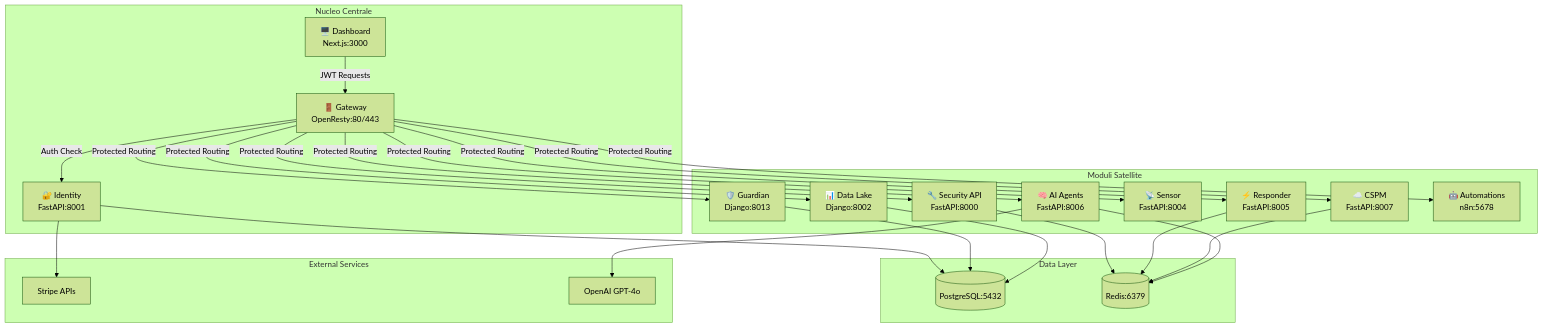
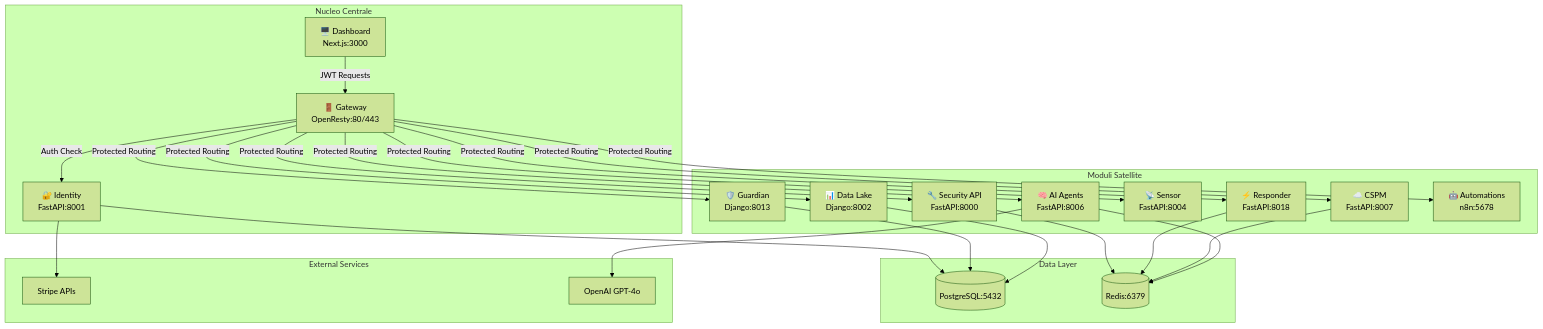
Before and after one commit to fabriziosalmi/wildbox: the diagram in WILDBOX_TECHNICAL_CODEX_v1.0.md, drawn with Mermaid (forest theme). The commit also changed 31 other files, not shown here.

First line of the commit message:
Update API port and documentation for Open Security Responder

````diff
--- a/WILDBOX_TECHNICAL_CODEX_v1.0.md
+++ b/WILDBOX_TECHNICAL_CODEX_v1.0.md
@@ -114,51 +114,51 @@
 ```mermaid
 graph TD
     subgraph "Nucleo Centrale"
         DASH[🖥️ Dashboard<br/>Next.js:3000]
         GATE[🚪 Gateway<br/>OpenResty:80/443] 
         IDEN[🔐 Identity<br/>FastAPI:8001]
     end
     
     subgraph "Moduli Satellite"
         API[🔧 Security API<br/>FastAPI:8000]
         DATA[📊 Data Lake<br/>Django:8002]
         GUARD[🛡️ Guardian<br/>Django:8013]
-        RESP[⚡ Responder<br/>FastAPI:8005]
+        RESP[⚡ Responder<br/>FastAPI:8018]
         SENS[📡 Sensor<br/>FastAPI:8004]
         CSPM[☁️ CSPM<br/>FastAPI:8007]
         AGENTS[🧠 AI Agents<br/>FastAPI:8006]
         AUTO[🤖 Automations<br/>n8n:5678]
     end
     
     subgraph "Data Layer"
         PG[(PostgreSQL:5432)]
         RD[(Redis:6379)]
     end
     
     subgraph "External Services"
         STRIPE[Stripe APIs]
         OPENAI[OpenAI GPT-4o]
     end
     
     DASH -->|JWT Requests| GATE
     GATE -->|Auth Check| IDEN
     GATE -->|Protected Routing| API
     GATE -->|Protected Routing| DATA
     GATE -->|Protected Routing| GUARD
     GATE -->|Protected Routing| RESP
     GATE -->|Protected Routing| SENS
     GATE -->|Protected Routing| CSPM
     GATE -->|Protected Routing| AGENTS
     GATE -->|Protected Routing| AUTO
     
     IDEN --> PG
     IDEN --> STRIPE
     
     API --> RD
     GUARD --> PG
     RESP --> RD
     CSPM --> RD
     AGENTS --> RD
     AGENTS --> OPENAI
     DATA --> PG
 ```
````
